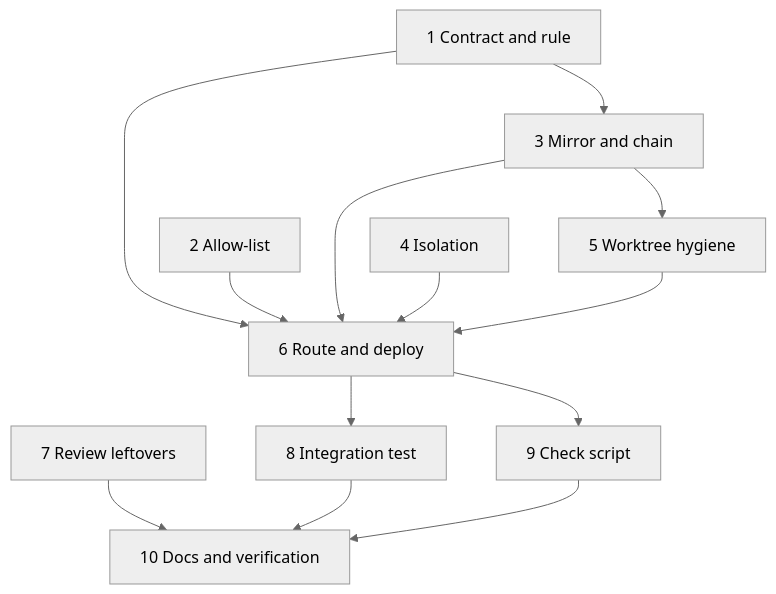
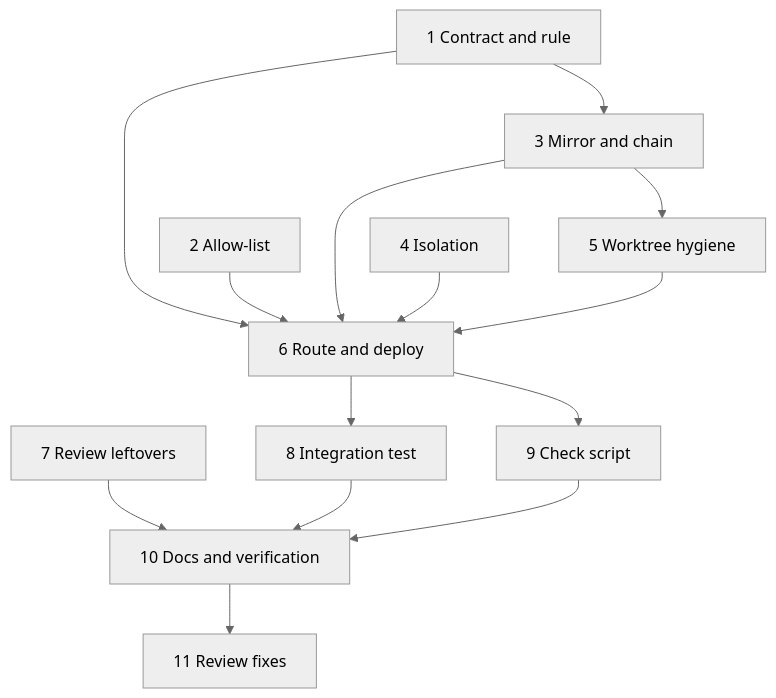
The diagram in .kiro/specs/fix-deploy/tasks.md (Akar-Samudra-Artifisial/Haunted-Lab), drawn with Mermaid (neutral theme) before and after one commit. The commit also changed other lines of this file and 40 other files, not shown here.

````diff
--- a/.kiro/specs/fix-deploy/tasks.md
+++ b/.kiro/specs/fix-deploy/tasks.md
@@ -98,15 +125,16 @@
 ```mermaid
 graph TD
   T1[1 Contract and rule] --> T3[3 Mirror and chain]
   T1 --> T6[6 Route and deploy]
   T2[2 Allow-list] --> T6
   T3 --> T5[5 Worktree hygiene]
   T3 --> T6
   T4[4 Isolation] --> T6
   T5 --> T6
   T6 --> T8[8 Integration test]
   T6 --> T9[9 Check script]
   T7[7 Review leftovers] --> T10[10 Docs and verification]
   T8 --> T10
   T9 --> T10
+  T10 --> T11[11 Review fixes]
 ```
````
